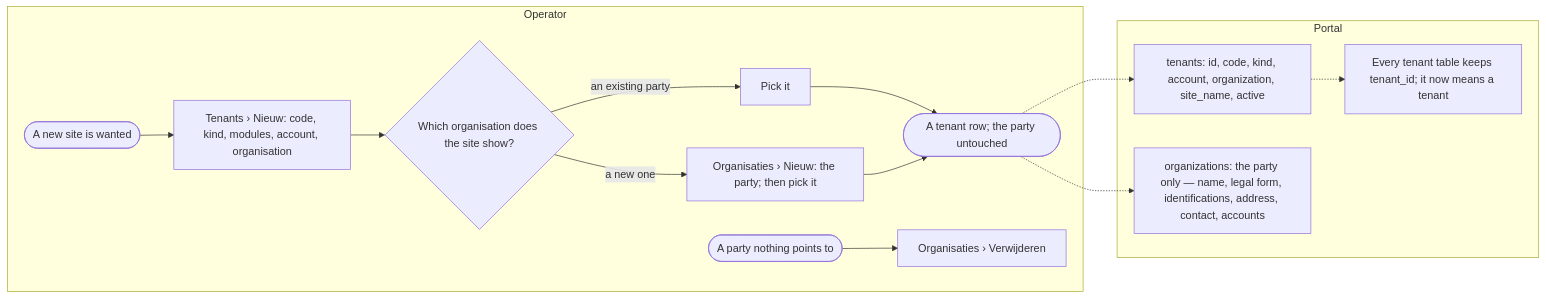
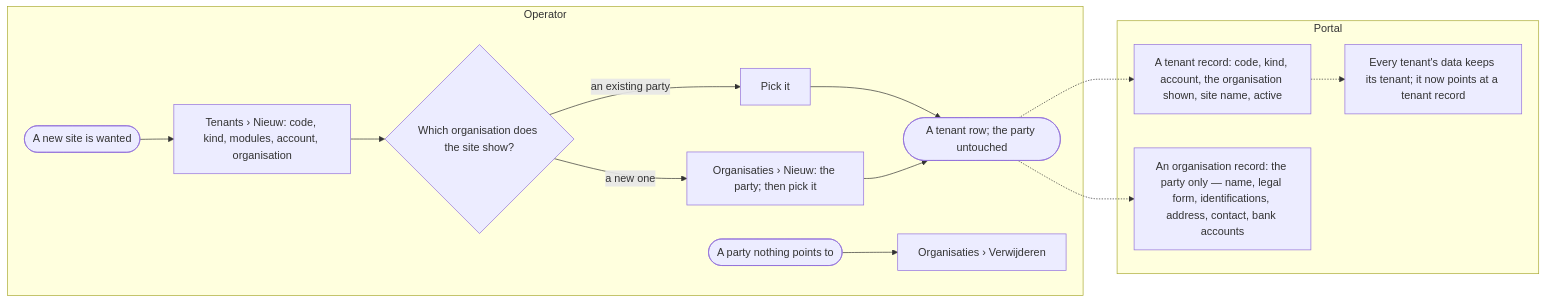
Before and after one commit to KoenRenders/KoenTest: the second of 5 diagrams in docs/change_request_20_tenant_apart_from_organisation.md, drawn with Mermaid. The commit also changed other lines of this file and 1 other file, not shown here.

````diff
--- a/docs/change_request_20_tenant_apart_from_organisation.md
+++ b/docs/change_request_20_tenant_apart_from_organisation.md
@@ -56,20 +56,20 @@
 ```mermaid
 flowchart LR
   subgraph O[Operator]
     o1([A new site is wanted]) --> o2[Tenants › Nieuw: code, kind, modules, account, organisation]
     o2 --> o3{Which organisation does the site show?}
     o3 -- an existing party --> o4[Pick it]
     o3 -- a new one --> o5[Organisaties › Nieuw: the party; then pick it]
     o4 --> o6([A tenant row; the party untouched])
     o5 --> o6
     o7([A party nothing points to]) --> o8[Organisaties › Verwijderen]
   end
   subgraph P[Portal]
-    p1[tenants: id, code, kind, account, organization, site_name, active]
-    p2[organizations: the party only — name, legal form, identifications, address, contact, accounts]
-    p3[Every tenant table keeps tenant_id; it now means a tenant]
+    p1[A tenant record: code, kind, account, the organisation shown, site name, active]
+    p2[An organisation record: the party only — name, legal form, identifications, address, contact, bank accounts]
+    p3[Every tenant's data keeps its tenant; it now points at a tenant record]
   end
   o6 -.-> p1
   o6 -.-> p2
   p1 -.-> p3
 ```
````
